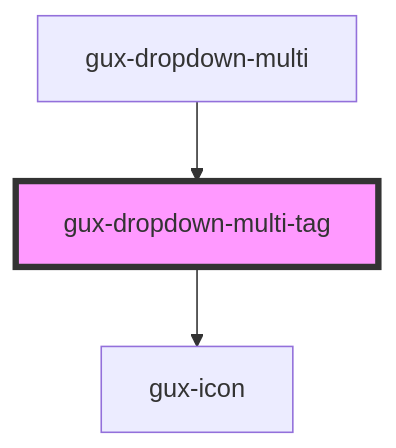
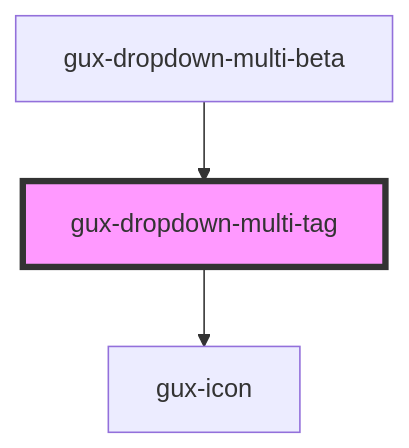
Before and after one commit to ouyuxuan/genesys-webcomponents: the diagram in src/components/beta/gux-dropdown-multi/gux-dropdown-multi-tag/readme.md, drawn with Mermaid. The commit also changed other lines of this file and 19 other files, not shown here.

First line of the commit message:
chore(gux-dropdown-multi): add -beta tag to dropdown-multi and listbox-multi

````diff
--- a/src/components/beta/gux-dropdown-multi/gux-dropdown-multi-tag/readme.md
+++ b/src/components/beta/gux-dropdown-multi/gux-dropdown-multi-tag/readme.md
@@ -34,6 +34,6 @@
 ```mermaid
 graph TD;
   gux-dropdown-multi-tag --> gux-icon
-  gux-dropdown-multi --> gux-dropdown-multi-tag
+  gux-dropdown-multi-beta --> gux-dropdown-multi-tag
   style gux-dropdown-multi-tag fill:#f9f,stroke:#333,stroke-width:4px
 ```
````
